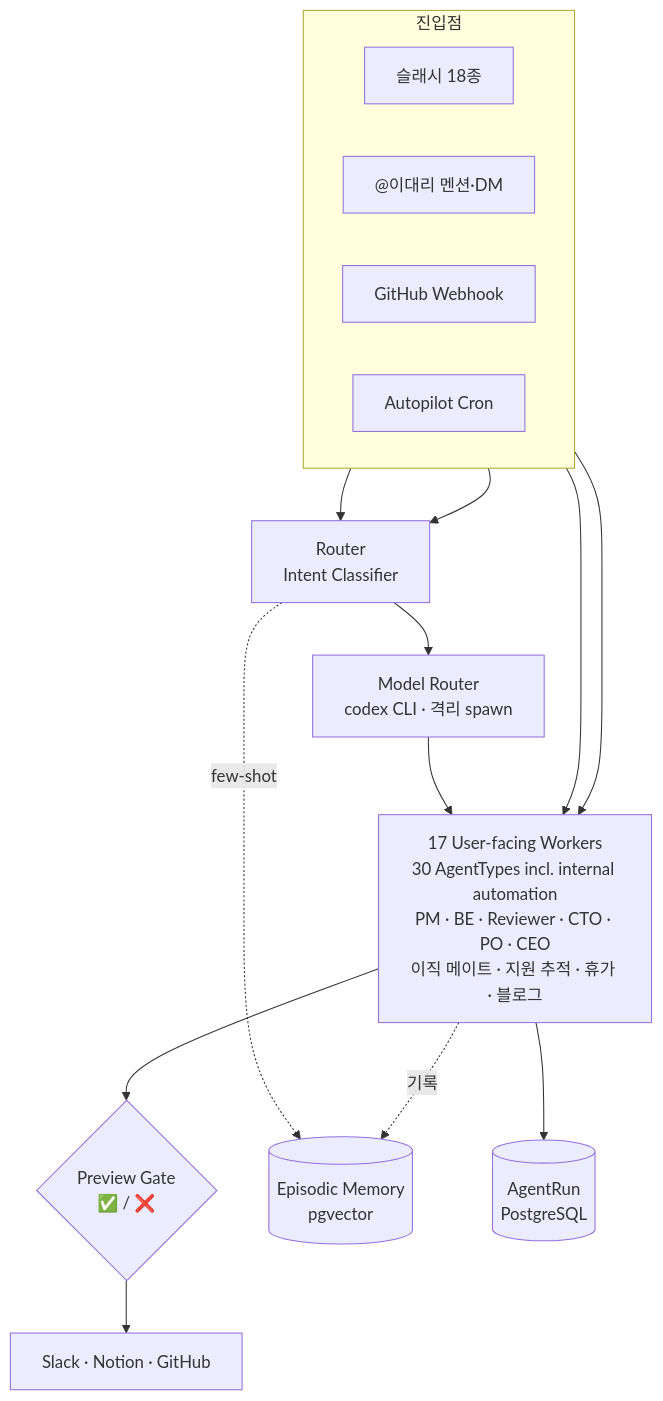
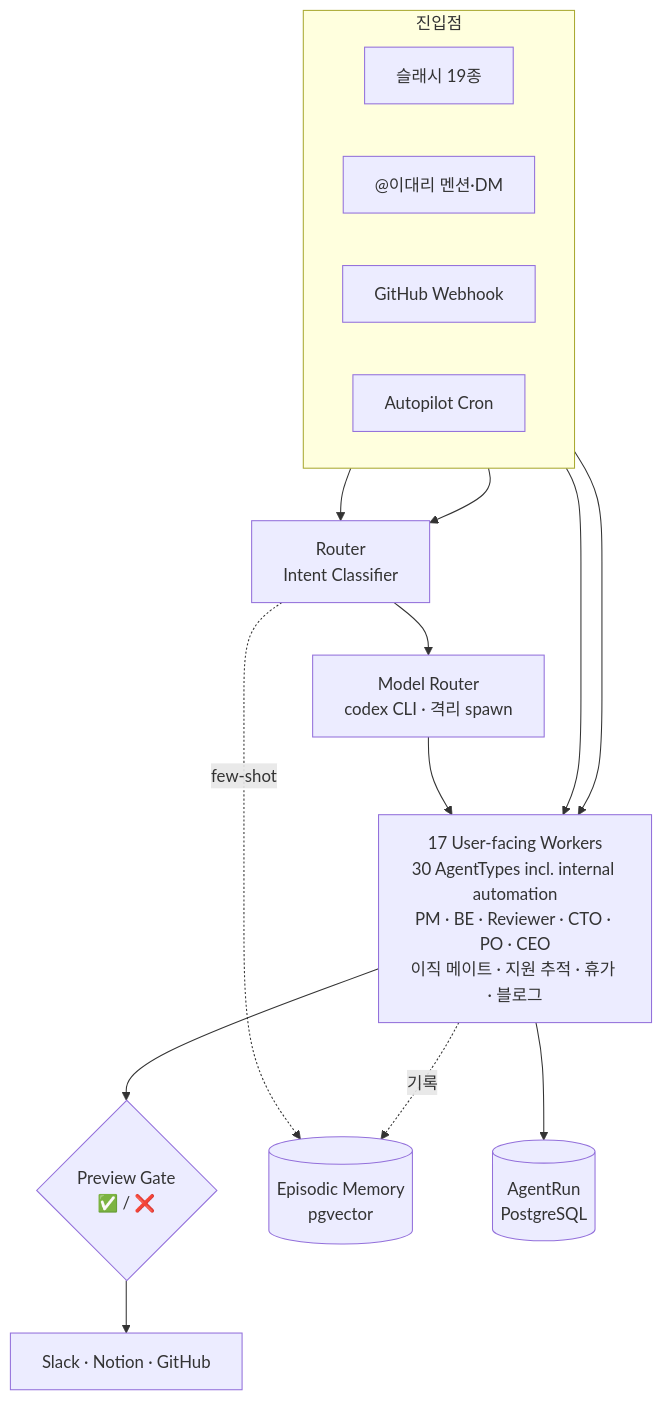
Before and after one commit to JSL107/personal_agents: the diagram in README.md, drawn with Mermaid. The commit also changed other lines of this file and 65 other files, not shown here.

````diff
--- a/README.md
+++ b/README.md
@@ -41,28 +41,28 @@
 ```mermaid
 flowchart TD
     subgraph IN["진입점"]
         direction LR
-        S["슬래시 18종"]
+        S["슬래시 19종"]
         M["@이대리 멘션·DM"]
         W["GitHub Webhook"]
         C["Autopilot Cron"]
     end
 
     R["Router<br/>Intent Classifier"]
     MR["Model Router<br/>codex CLI · 격리 spawn"]
     WK["17 User-facing Workers<br/>30 AgentTypes incl. internal automation<br/>PM · BE · Reviewer · CTO · PO · CEO<br/>이직 메이트 · 지원 추적 · 휴가 · 블로그"]
     PG{"Preview Gate<br/>✅ / ❌"}
     EXT["Slack · Notion · GitHub"]
     EM[("Episodic Memory<br/>pgvector")]
     AR[("AgentRun<br/>PostgreSQL")]
 
     S --> R
     M --> R
     R -. few-shot .-> EM
     R --> MR --> WK
     W --> WK
     C --> WK
     WK --> PG --> EXT
     WK --> AR
     WK -. 기록 .-> EM
 ```
````
